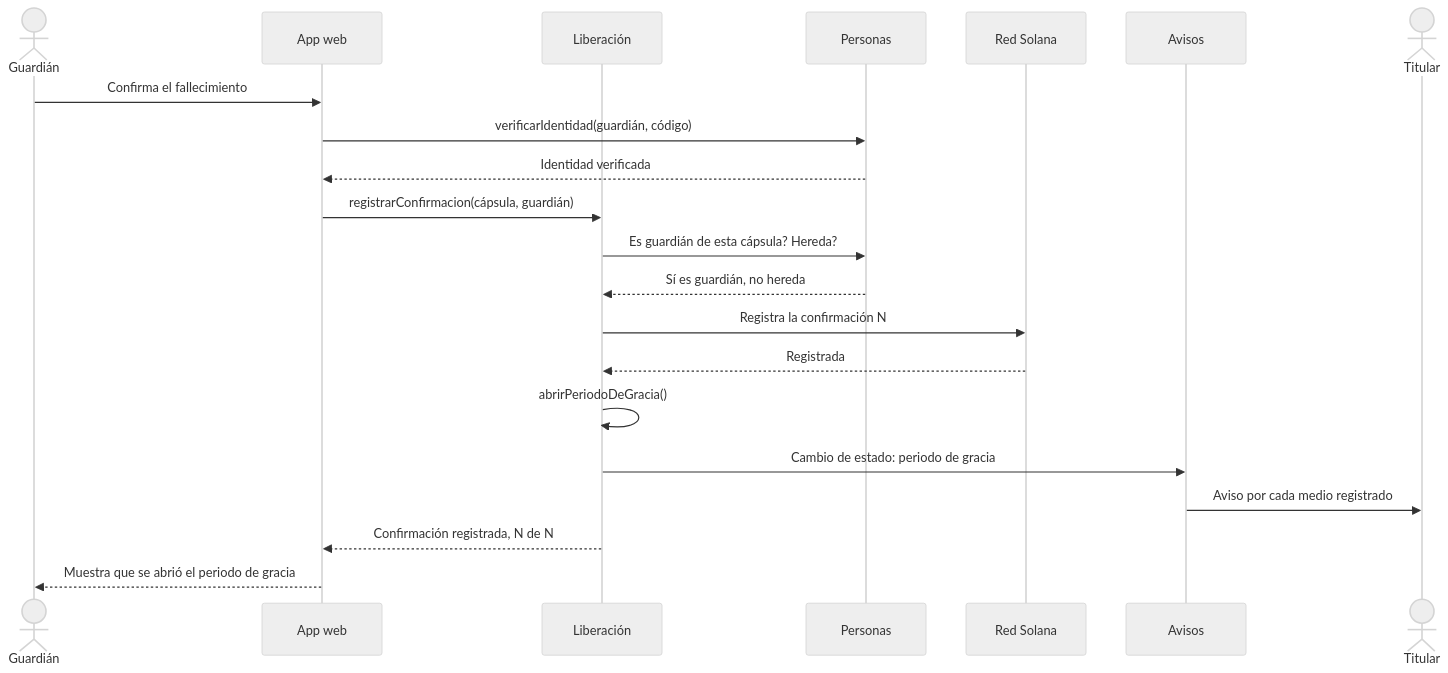
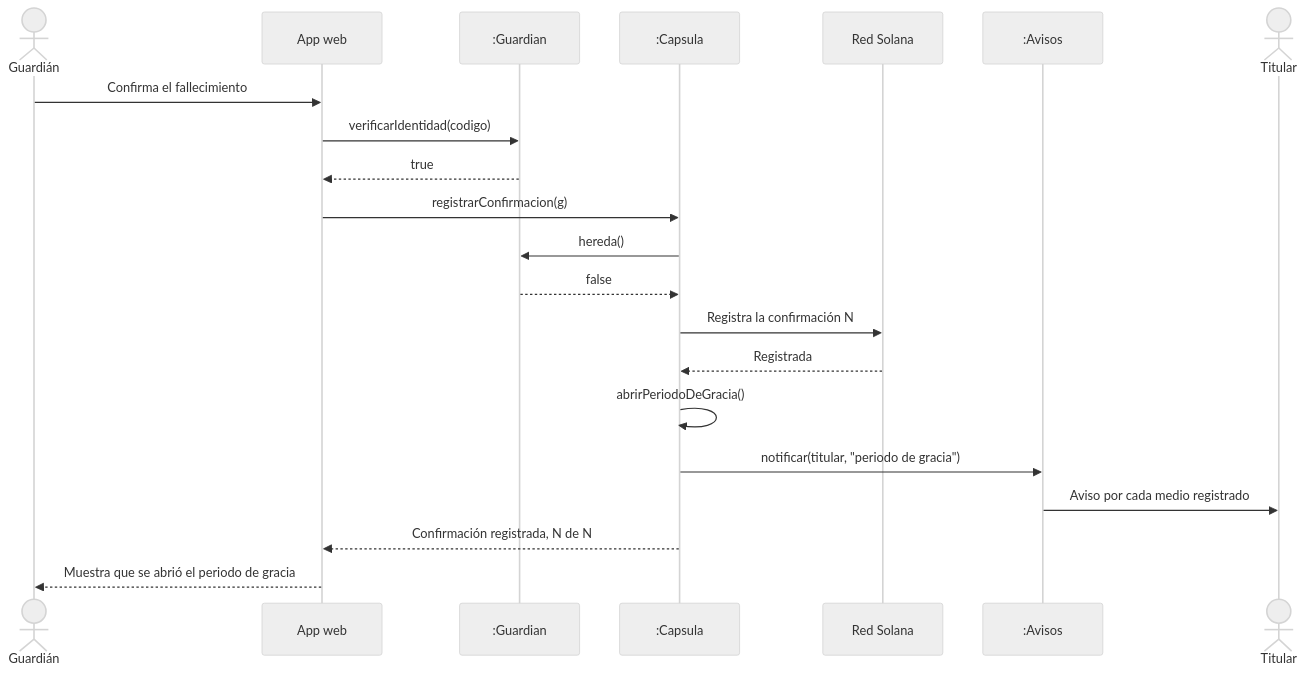
The fifth of 8 diagrams in doc/arch/diagramas.md (ecapri-dev/memorium), drawn with Mermaid (neutral theme) before and after one commit. The commit also changed other lines of this file, not shown here.

Commit message:
Alinea la secuencia con el diagrama de clases

````diff
--- a/doc/arch/diagramas.md
+++ b/doc/arch/diagramas.md
@@ -171,24 +171,24 @@
 ```mermaid
 sequenceDiagram
     actor G as Guardián
     participant Web as App web
-    participant Lib as Liberación
-    participant Per as Personas
+    participant Gu as :Guardian
+    participant C as :Capsula
     participant Red as Red Solana
-    participant Avi as Avisos
+    participant Avi as :Avisos
     actor T as Titular
 
     G->>Web: Confirma el fallecimiento
-    Web->>Per: verificarIdentidad(guardián, código)
-    Per-->>Web: Identidad verificada
-    Web->>Lib: registrarConfirmacion(cápsula, guardián)
-    Lib->>Per: Es guardián de esta cápsula? Hereda?
-    Per-->>Lib: Sí es guardián, no hereda
-    Lib->>Red: Registra la confirmación N
-    Red-->>Lib: Registrada
-    Lib->>Lib: abrirPeriodoDeGracia()
-    Lib->>Avi: Cambio de estado: periodo de gracia
+    Web->>Gu: verificarIdentidad(codigo)
+    Gu-->>Web: true
+    Web->>C: registrarConfirmacion(g)
+    C->>Gu: hereda()
+    Gu-->>C: false
+    C->>Red: Registra la confirmación N
+    Red-->>C: Registrada
+    C->>C: abrirPeriodoDeGracia()
+    C->>Avi: notificar(titular, "periodo de gracia")
     Avi->>T: Aviso por cada medio registrado
-    Lib-->>Web: Confirmación registrada, N de N
+    C-->>Web: Confirmación registrada, N de N
     Web-->>G: Muestra que se abrió el periodo de gracia
 ```
````
